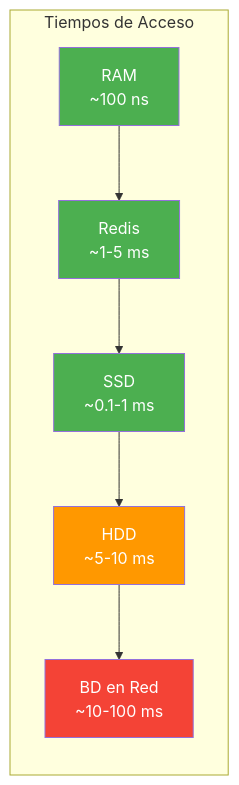
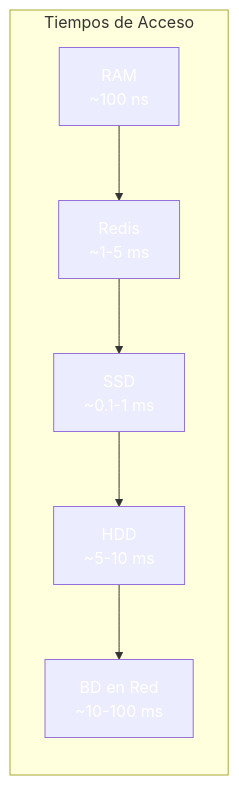
One commit to joseluisgs/DesarrolloWebEntornosServidor-02-2026-2027 changed the first of 17 diagrams in 14-cache-redis.md. Above: the diagram before and after it, drawn with Mermaid. The commit also changed other lines of this file and 41 other files, not shown here.

````diff
--- a/14-cache-redis.md
+++ b/14-cache-redis.md
@@ -76,14 +76,14 @@
 ```mermaid
 flowchart LR
     subgraph "Tiempos de Acceso"
         A["RAM<br/>~100 ns"] --> B["Redis<br/>~1-5 ms"]
         B --> C["SSD<br/>~0.1-1 ms"]
         C --> D["HDD<br/>~5-10 ms"]
         D --> E["BD en Red<br/>~10-100 ms"]
     end
-    style A fill:#4CAF50,color:#fff
-    style B fill:#4CAF50,color:#fff
-    style C fill:#4CAF50,color:#fff
-    style D fill:#FF9800,color:#fff
-    style E fill:#F44336,color:#fff
+    style A fill:#4CAF5,color:#fff0,color:#fff
+    style B fill:#4CAF5,color:#fff0,color:#fff
+    style C fill:#4CAF5,color:#fff0,color:#fff
+    style D fill:#FF980,color:#fff0,color:#fff
+    style E fill:#F4433,color:#fff6,color:#fff
 ```
````
